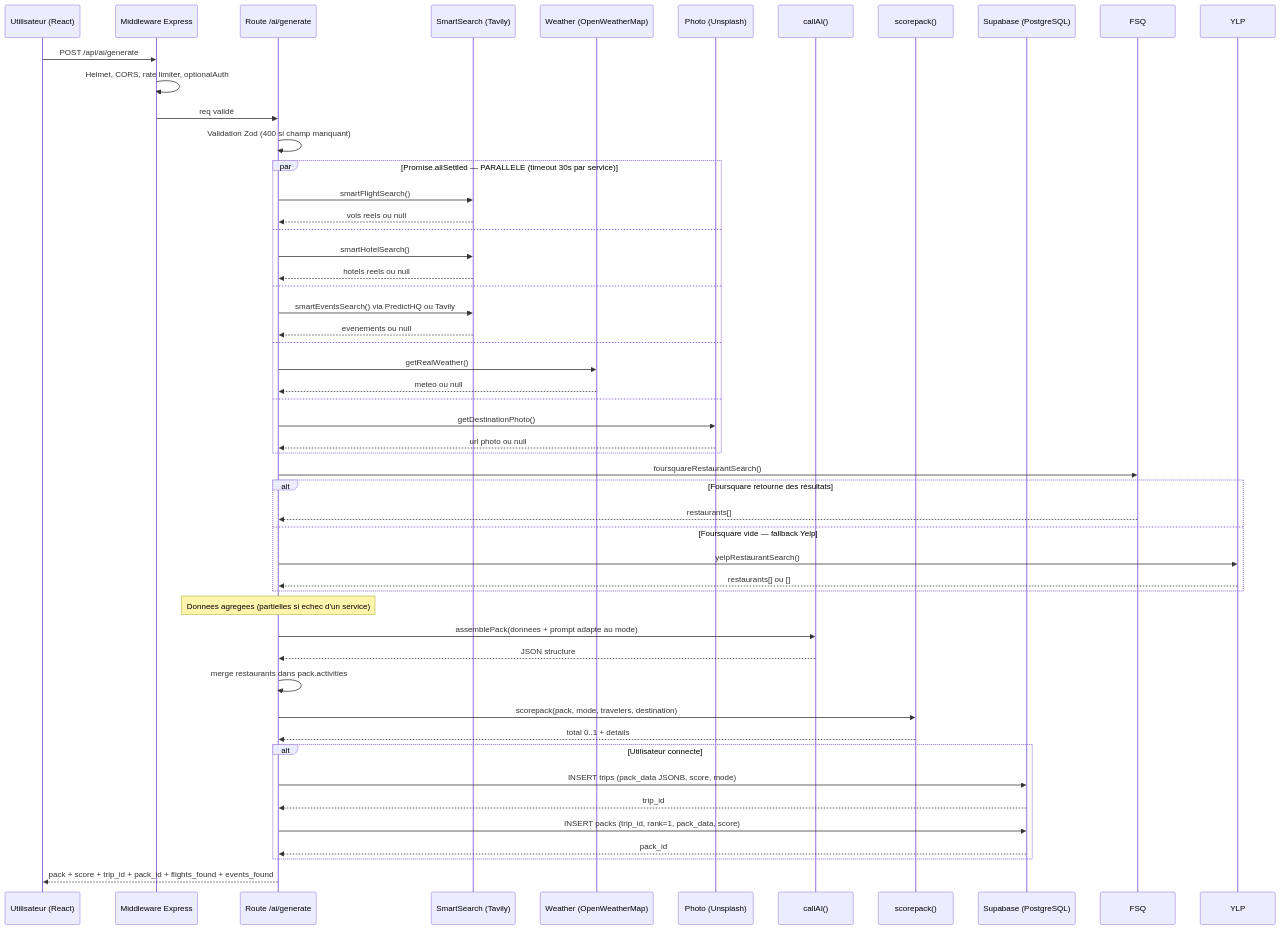
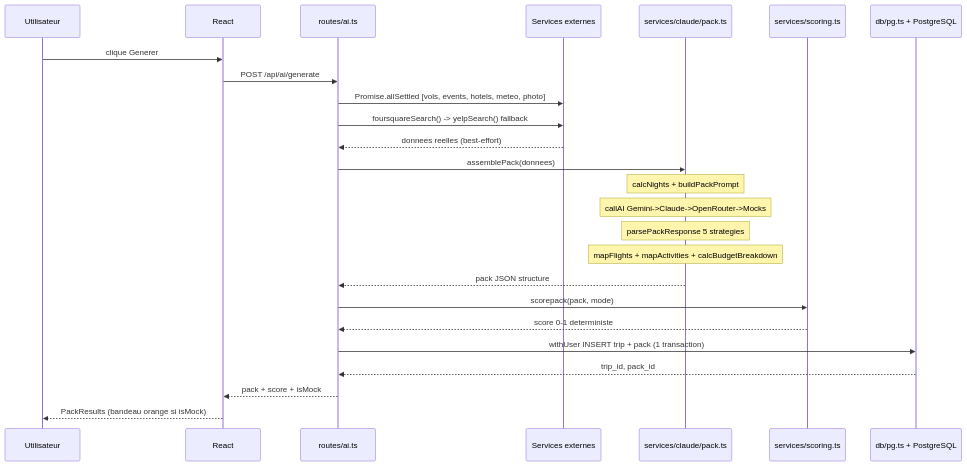
The second of 8 diagrams in docs/DIAGRAMS.md (loties1533/tripgenie), drawn with Mermaid before and after one commit. The commit also changed other lines of this file and 22 other files, not shown here.

````diff
--- a/docs/DIAGRAMS.md
+++ b/docs/DIAGRAMS.md
@@ -83,62 +36,28 @@
 ```mermaid
 sequenceDiagram
-    participant U as Utilisateur (React)
-    participant MW as Middleware Express
-    participant R as Route /ai/generate
-    participant SS as SmartSearch (Tavily)
-    participant WE as Weather (OpenWeatherMap)
-    participant PH as Photo (Unsplash)
-    participant LLM as callAI()
-    participant SC as scorepack()
-    participant DB as Supabase (PostgreSQL)
+    participant U as Utilisateur
+    participant R as React
+    participant AI as routes/ai.ts
+    participant S as Services externes
+    participant P as services/claude/pack.ts
+    participant SC as services/scoring.ts
+    participant DB as db/pg.ts + PostgreSQL
 
-    U->>MW: POST /api/ai/generate
-    MW->>MW: Helmet, CORS, rate limiter, optionalAuth
-    MW->>R: req validé
-
-    R->>R: Validation Zod (400 si champ manquant)
-
-    par Promise.allSettled — PARALLELE (timeout 30s par service)
-        R->>SS: smartFlightSearch()
-        SS-->>R: vols reels ou null
-    and
-        R->>SS: smartHotelSearch()
-        SS-->>R: hotels reels ou null
-    and
-        R->>SS: smartEventsSearch() via PredictHQ ou Tavily
-        SS-->>R: evenements ou null
-    and
-        R->>WE: getRealWeather()
-        WE-->>R: meteo ou null
-    and
-        R->>PH: getDestinationPhoto()
-        PH-->>R: url photo ou null
-    end
-
-    R->>FSQ: foursquareRestaurantSearch()
-    alt Foursquare retourne des résultats
-        FSQ-->>R: restaurants[]
-    else Foursquare vide — fallback Yelp
-        R->>YLP: yelpRestaurantSearch()
-        YLP-->>R: restaurants[] ou []
-    end
-
-    Note over R: Donnees agregees (partielles si echec d'un service)
-
-    R->>LLM: assemblePack(donnees + prompt adapte au mode)
-    LLM-->>R: JSON structure
-
-    R->>R: merge restaurants dans pack.activities
-
-    R->>SC: scorepack(pack, mode, travelers, destination)
-    SC-->>R: total 0..1 + details
-
-    alt Utilisateur connecte
-        R->>DB: INSERT trips (pack_data JSONB, score, mode)
-        DB-->>R: trip_id
-        R->>DB: INSERT packs (trip_id, rank=1, pack_data, score)
-        DB-->>R: pack_id
-    end
-
-    R-->>U: pack + score + trip_id + pack_id + flights_found + events_found
+    U->>R: clique Generer
+    R->>AI: POST /api/ai/generate
+    AI->>S: Promise.allSettled [vols, events, hotels, meteo, photo]
+    AI->>S: foursquareSearch() -> yelpSearch() fallback
+    S-->>AI: donnees reelles (best-effort)
+    AI->>P: assemblePack(donnees)
+    Note over P: calcNights + buildPackPrompt
+    Note over P: callAI Gemini->Claude->OpenRouter->Mocks
+    Note over P: parsePackResponse 5 strategies
+    Note over P: mapFlights + mapActivities + calcBudgetBreakdown
+    P-->>AI: pack JSON structure
+    AI->>SC: scorepack(pack, mode)
+    SC-->>AI: score 0-1 deterministe
+    AI->>DB: withUser INSERT trip + pack (1 transaction)
+    DB-->>AI: trip_id, pack_id
+    AI-->>R: pack + score + isMock
+    R-->>U: PackResults (bandeau orange si isMock)
 ```
````
